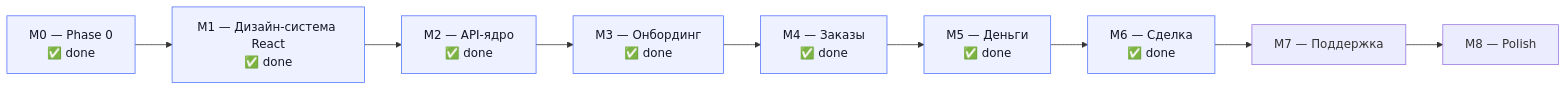
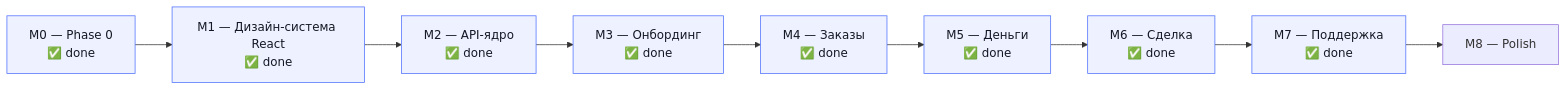
Before and after one commit to koishybek/zovu: the diagram in docs/10-status.md, drawn with Mermaid. The commit also changed other lines of this file and 32 other files, not shown here.

````diff
--- a/docs/10-status.md
+++ b/docs/10-status.md
@@ -27,18 +27,19 @@
 ```mermaid
 flowchart LR
     M0["M0 — Phase 0<br/>✅ done"] --> M1["M1 — Дизайн-система React<br/>✅ done"]
     M1 --> M2["M2 — API-ядро<br/>✅ done"]
     M2 --> M3["M3 — Онбординг<br/>✅ done"]
     M3 --> M4["M4 — Заказы<br/>✅ done"]
     M4 --> M5["M5 — Деньги<br/>✅ done"]
     M5 --> M6["M6 — Сделка<br/>✅ done"]
-    M6 --> M7["M7 — Поддержка"]
+    M6 --> M7["M7 — Поддержка<br/>✅ done"]
     M7 --> M8["M8 — Polish"]
     style M0 fill:#EEF1FF,stroke:#4C6FFF,color:#141824
     style M1 fill:#EEF1FF,stroke:#4C6FFF,color:#141824
     style M2 fill:#EEF1FF,stroke:#4C6FFF,color:#141824
     style M3 fill:#EEF1FF,stroke:#4C6FFF,color:#141824
     style M4 fill:#EEF1FF,stroke:#4C6FFF,color:#141824
     style M5 fill:#EEF1FF,stroke:#4C6FFF,color:#141824
     style M6 fill:#EEF1FF,stroke:#4C6FFF,color:#141824
+    style M7 fill:#EEF1FF,stroke:#4C6FFF,color:#141824
 ```
````
